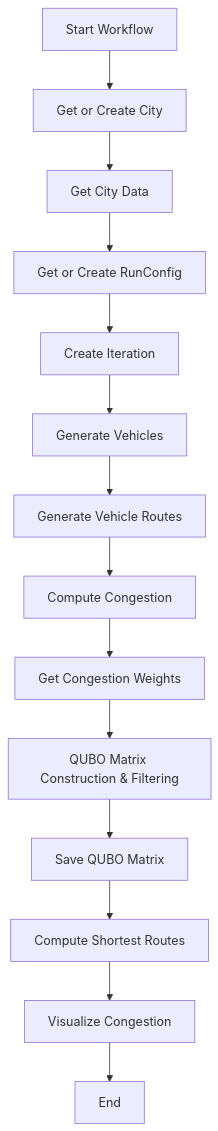
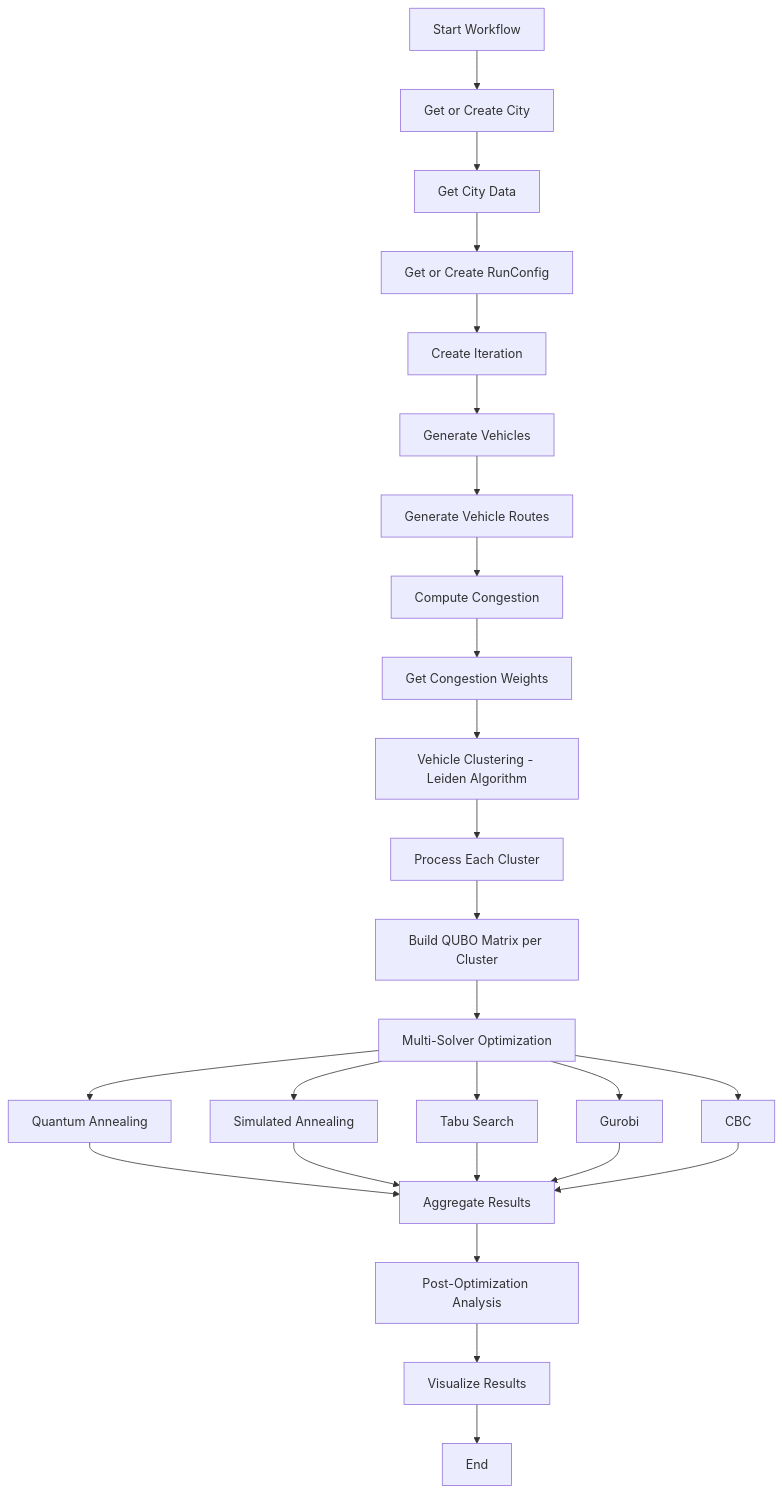
Before and after one commit to rusnakrenata/qa_mtc: the diagram in README.md, drawn with Mermaid. The commit also changed other lines of this file, not shown here.

````diff
--- a/README.md
+++ b/README.md
@@ -250,16 +292,28 @@
 ```mermaid
 graph TD
     A[Start Workflow] --> B[Get or Create City]
     B --> C[Get City Data]
     C --> D[Get or Create RunConfig]
     D --> E[Create Iteration]
     E --> F[Generate Vehicles]
     F --> G[Generate Vehicle Routes]
     G --> H[Compute Congestion]
     H --> I[Get Congestion Weights]
-    I --> J[QUBO Matrix Construction & Filtering]
-    J --> K[Save QUBO Matrix]
-    K --> L[Compute Shortest Routes]
-    L --> M[Visualize Congestion]
-    M --> N[End]
+    I --> J[Vehicle Clustering - Leiden Algorithm]
+    J --> K[Process Each Cluster]
+    K --> L[Build QUBO Matrix per Cluster]
+    L --> M[Multi-Solver Optimization]
+    M --> N[Quantum Annealing]
+    M --> O[Simulated Annealing]
+    M --> P[Tabu Search]
+    M --> Q[Gurobi]
+    M --> R[CBC]
+    N --> S[Aggregate Results]
+    O --> S
+    P --> S
+    Q --> S
+    R --> S
+    S --> T[Post-Optimization Analysis]
+    T --> U[Visualize Results]
+    U --> V[End]
 ```
````
